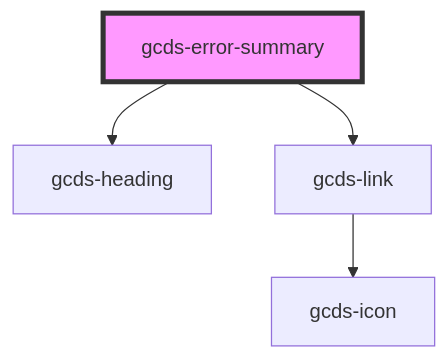
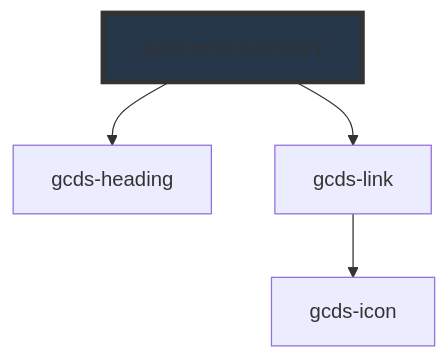
One commit to cds-snc/gcds-components changed the diagram in packages/web/src/components/gcds-error-summary/readme.md. Above: the diagram before and after it, drawn with Mermaid. The commit also changed other lines of this file and 21 other files, not shown here.

````diff
--- a/packages/web/src/components/gcds-error-summary/readme.md
+++ b/packages/web/src/components/gcds-error-summary/readme.md
@@ -25,7 +34,7 @@
 ```mermaid
 graph TD;
   gcds-error-summary --> gcds-heading
   gcds-error-summary --> gcds-link
   gcds-link --> gcds-icon
-  style gcds-error-summary fill:#f9f,stroke:#333,stroke-width:4px
+  style gcds-error-summary fill:#26374a,stroke:#333,stroke-width:4px
 ```
````
